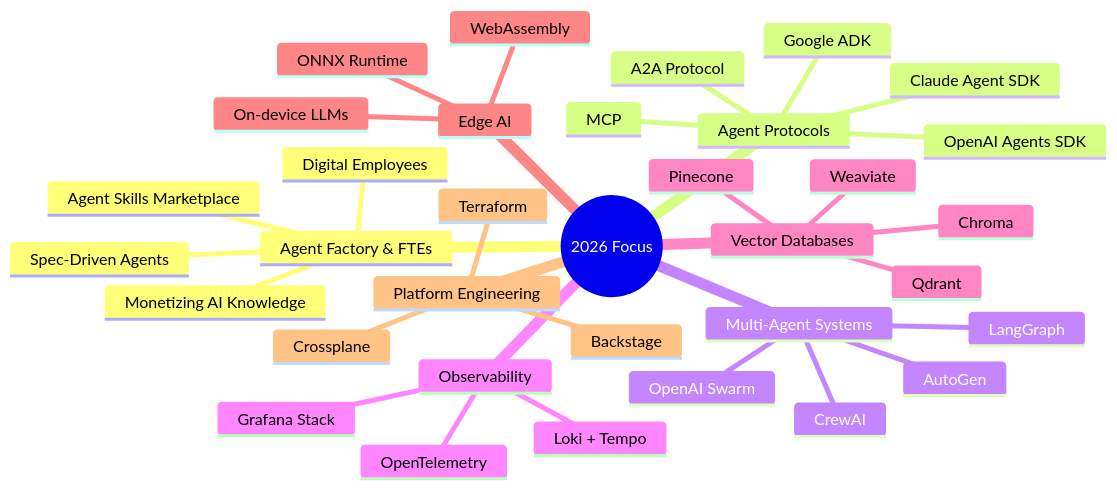
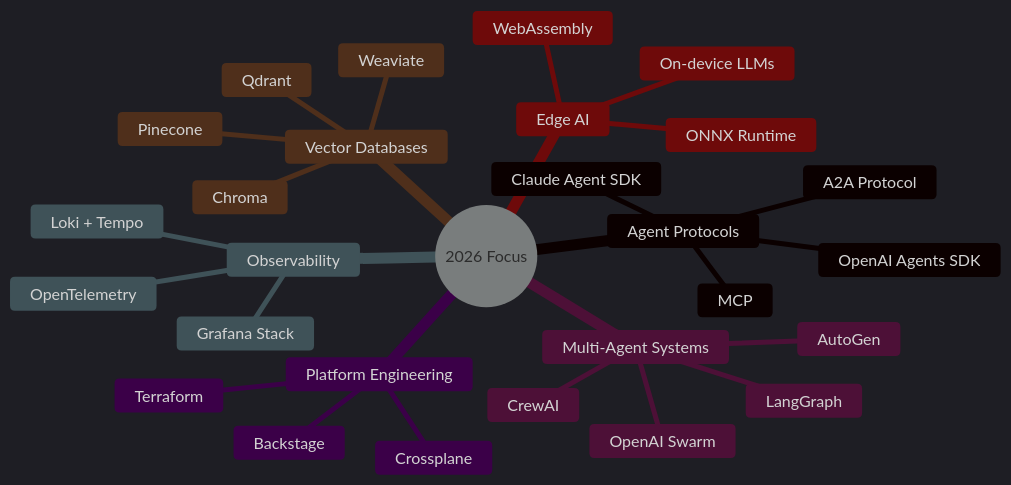
Before and after one commit to asadullah48/asadullah48: the second of 2 diagrams in README.md, drawn with Mermaid. The commit also changed other lines of this file and 2 other files, not shown here.

````diff
--- a/README.md
+++ b/README.md
@@ -416,37 +490,32 @@
 ```mermaid
+%%{init: {'theme': 'dark'}}%%
 mindmap
   root((2026 Focus))
-    Agent Factory & FTEs
-      Digital Employees
-      Spec-Driven Agents
-      Agent Skills Marketplace
-      Monetizing AI Knowledge
     Agent Protocols
       MCP
       A2A Protocol
       Claude Agent SDK
       OpenAI Agents SDK
-      Google ADK
     Multi-Agent Systems
       LangGraph
       CrewAI
       AutoGen
       OpenAI Swarm
     Observability
       OpenTelemetry
       Grafana Stack
       Loki + Tempo
     Vector Databases
       Pinecone
       Qdrant
       Chroma
       Weaviate
     Edge AI
       WebAssembly
       ONNX Runtime
       On-device LLMs
     Platform Engineering
       Backstage
       Crossplane
       Terraform
 ```
````
